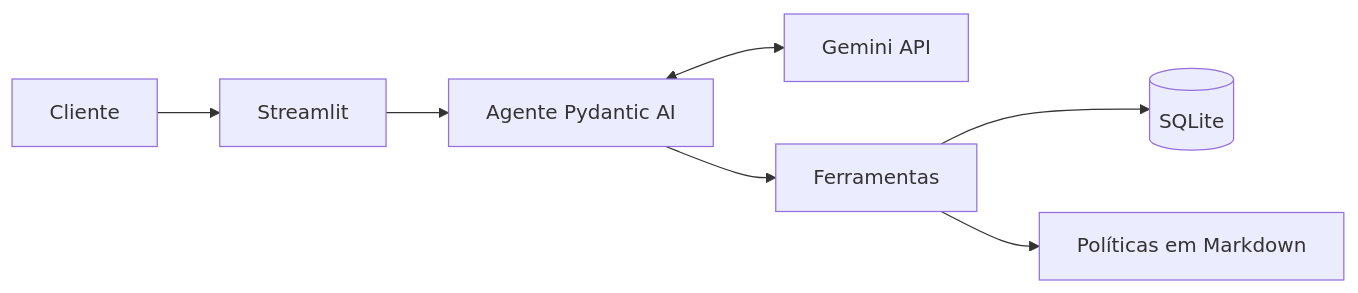
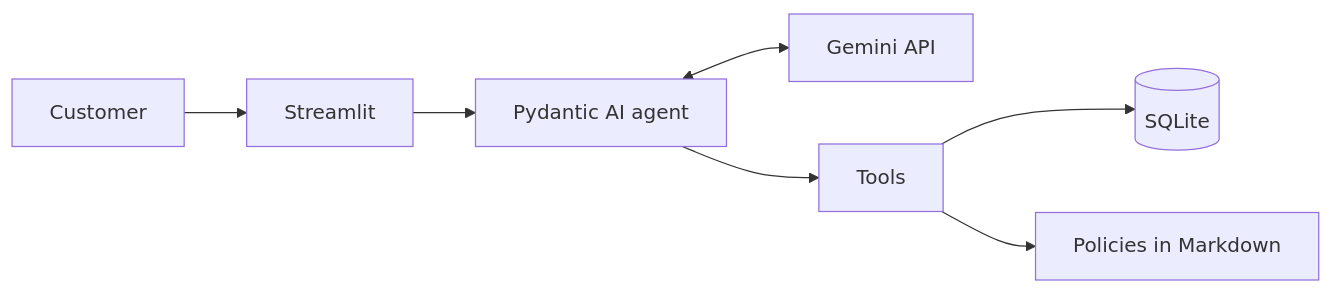
One commit to luanfreitas8779/emporio-agente-atendimento changed the diagram in README.md. Above: the diagram before and after it, drawn with Mermaid. The commit also changed other lines of this file, not shown here.

````diff
--- a/README.md
+++ b/README.md
@@ -27,9 +27,9 @@
 ```mermaid
 flowchart LR
-    C[Cliente] --> UI[Streamlit]
-    UI --> A[Agente Pydantic AI]
+    C[Customer] --> UI[Streamlit]
+    UI --> A[Pydantic AI agent]
     A <--> G[Gemini API]
-    A --> T[Ferramentas]
+    A --> T[Tools]
     T --> DB[(SQLite)]
-    T --> P[Políticas em Markdown]
+    T --> P[Policies in Markdown]
 ```
````
